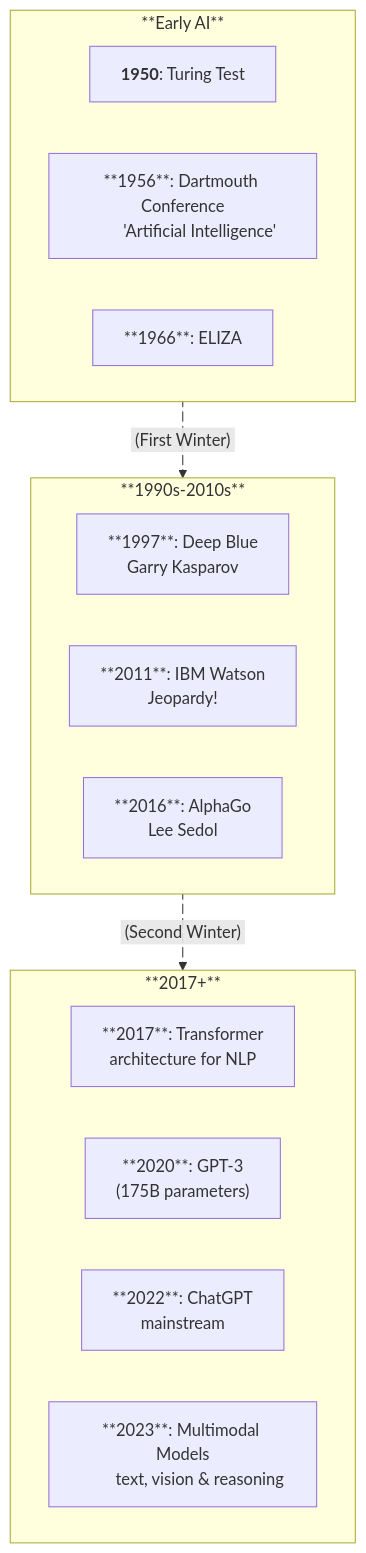
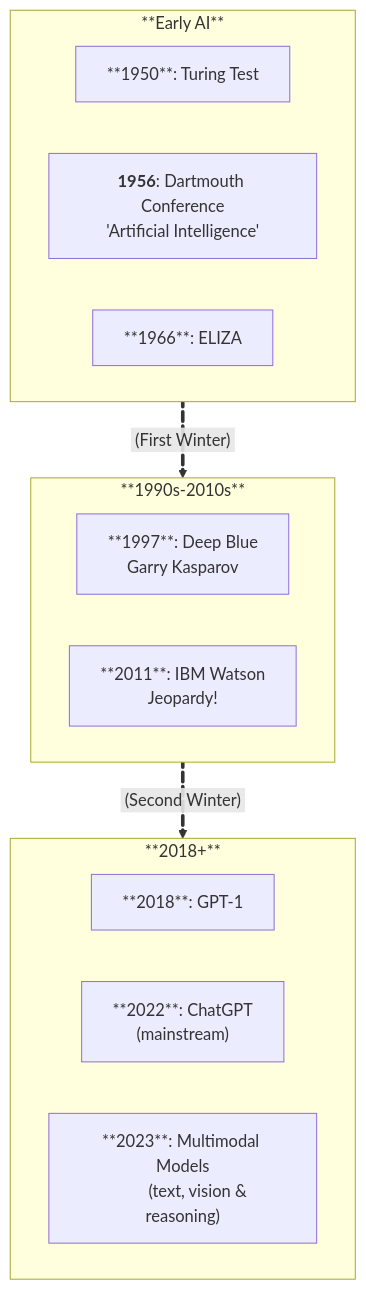
Before and after one commit to eltoroit/montreal25: the diagram in @ELTOROIT/Mermaid Diagrams/AI History.md, drawn with Mermaid. The commit also changed 2 other files, not shown here.

Commit message:
Mermaid Diagrams

````diff
--- a/@ELTOROIT/Mermaid Diagrams/AI History.md
+++ b/@ELTOROIT/Mermaid Diagrams/AI History.md
@@ -1,32 +1,26 @@
 ```Mermaid
 flowchart TD
-    subgraph FirstWave["**Early AI**"]
-        T1950@{ label: "**1950**: Turing Test" }
-        E1956["**1956**: Dartmouth Conference
-        'Artificial Intelligence'"]
+ subgraph FirstWave["**Early AI**"]
+        T1950["**1950**: Turing Test"]
+        E1956@{ label: "**1956**: Dartmouth Conference\n        'Artificial Intelligence'" }
         E1966["**1966**: ELIZA"]
-    end
-    subgraph SecondWave["**1990s-2010s**"]
+  end
+ subgraph SecondWave["**1990s-2010s**"]
         D1997["**1997**: Deep Blue
         Garry Kasparov"]
         W2011["**2011**: IBM Watson
         Jeopardy!"]
-        A2016["**2016**: AlphaGo
-        Lee Sedol"]
-    end
-    subgraph ThirdWave["**2017+**"]
-        T2017["**2017**: Transformer
-        architecture for NLP"]
-        G2020["**2020**: GPT-3
-        (175B parameters)"]
+  end
+ subgraph ThirdWave["**2018+**"]
+        G2020["**2018**: GPT-1"]
         C2022["**2022**: ChatGPT
-        mainstream"]
+        (mainstream)"]
         M2023["**2023**: Multimodal Models
-        text, vision & reasoning"]
-    end
-    FirstWave L1@-. "&nbsp;(First Winter)&nbsp;" .-> SecondWave
-    SecondWave L2@-. "&nbsp;(Second Winter)&nbsp;" .-> ThirdWave
+        (text, vision & reasoning)"]
+  end
+    FirstWave L1@== &nbsp;(First Winter)&nbsp; ==> SecondWave
+    SecondWave L2@== &nbsp;(Second Winter)&nbsp; ==> ThirdWave
 
     L1@{ animate: true }
     L2@{ animate: true }
 ```
````
